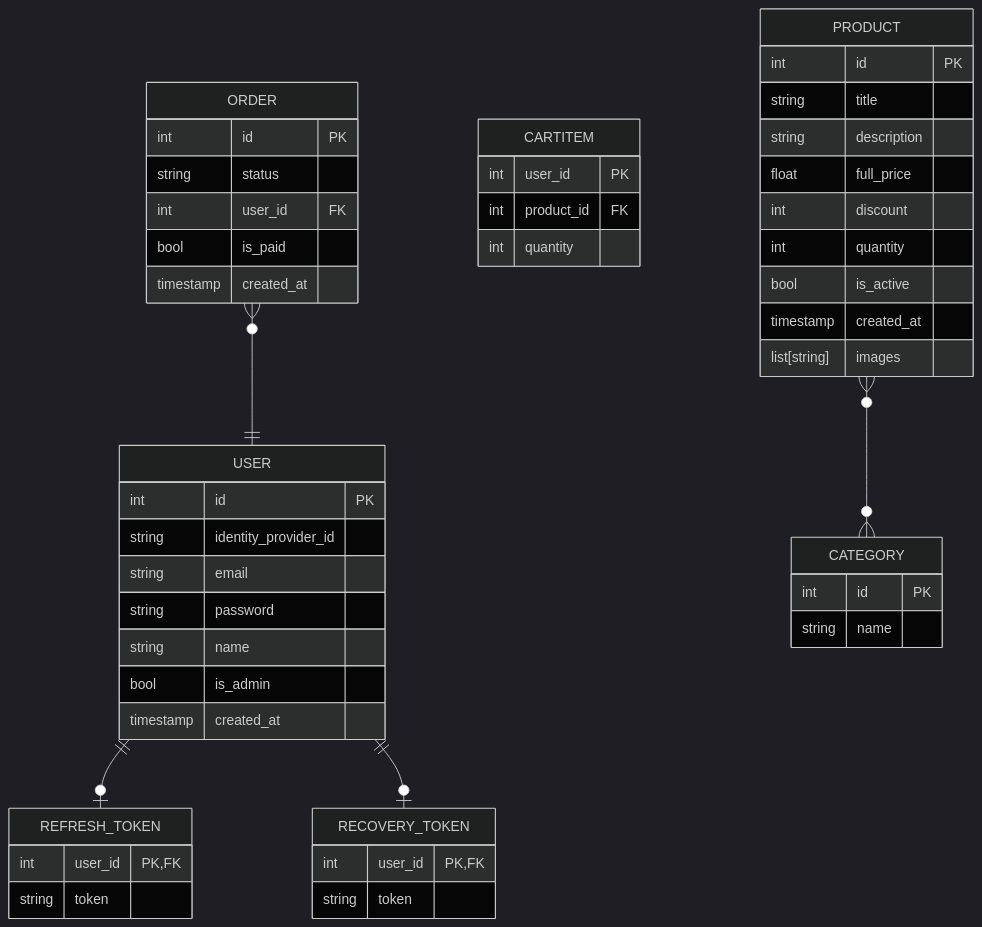
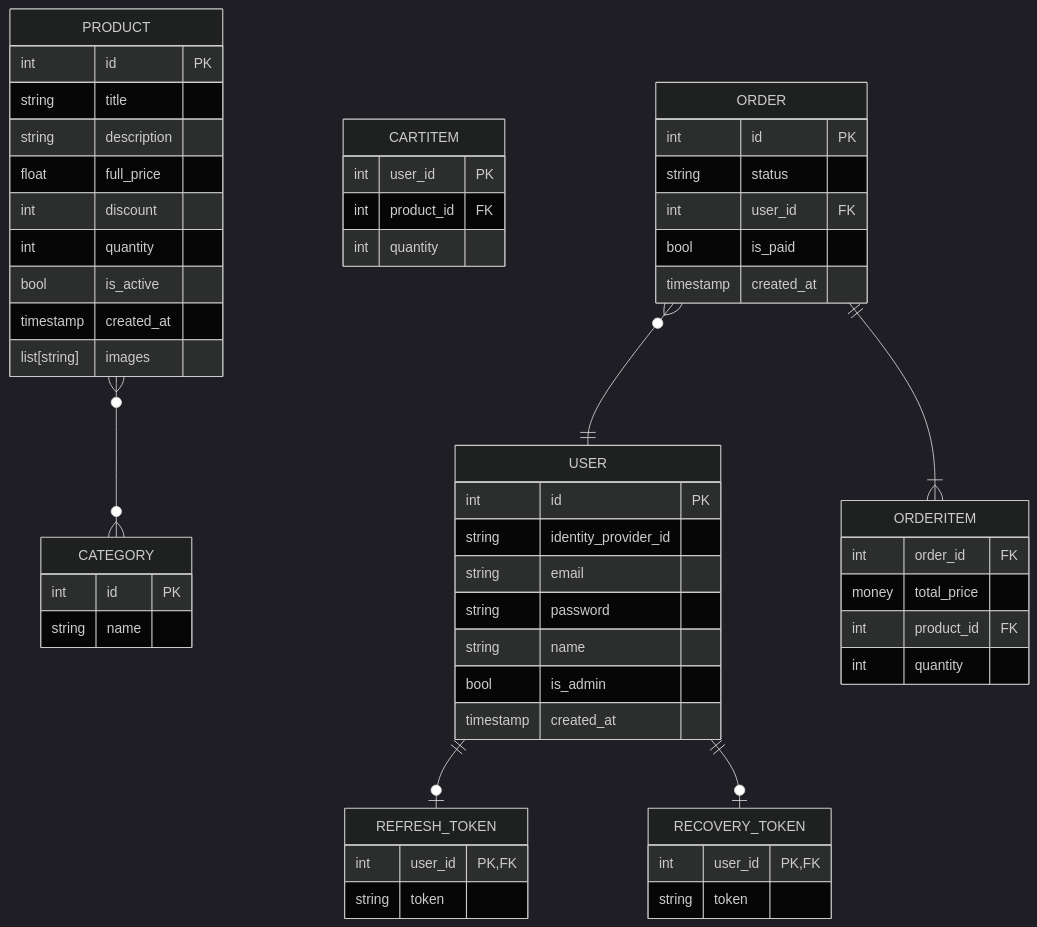
The diagram in er.md (ivan-22-3-5/e-commerce), drawn with Mermaid (dark theme) before and after one commit.

Commit message:
docs(er): add order item model

````diff
--- a/er.md
+++ b/er.md
@@ -1,58 +1,66 @@
 ```mermaid
 erDiagram
     PRODUCT {
         int id PK
         string title
         string description
         float full_price
         int discount
         int quantity
         bool is_active
         timestamp created_at
         list[string] images
     }
 
     USER {
         int id PK
         string identity_provider_id
         string email 
         string password 
         string name
         bool is_admin 
         timestamp created_at
     }
     
     CATEGORY {
         int id PK
         string name
     }
 
     CARTITEM {
         int user_id PK
         int product_id FK
         int quantity 
     }
 
     ORDER {
         int id PK
         string status
         int user_id FK
         bool is_paid
         timestamp created_at
     }
     
     REFRESH_TOKEN {
         int user_id PK, FK
         string token
     }
     
     RECOVERY_TOKEN {
         int user_id PK, FK
         string token
     }
+    
+    ORDERITEM {
+        int order_id FK
+        money total_price
+        int product_id FK
+        int quantity
+    }
 
     PRODUCT }o--o{ CATEGORY: ""
     ORDER }o--|| USER: ""
+    ORDER ||--|{ ORDERITEM: ""
     USER ||--o| REFRESH_TOKEN: ""
     USER ||--o| RECOVERY_TOKEN: ""
 ```
````
